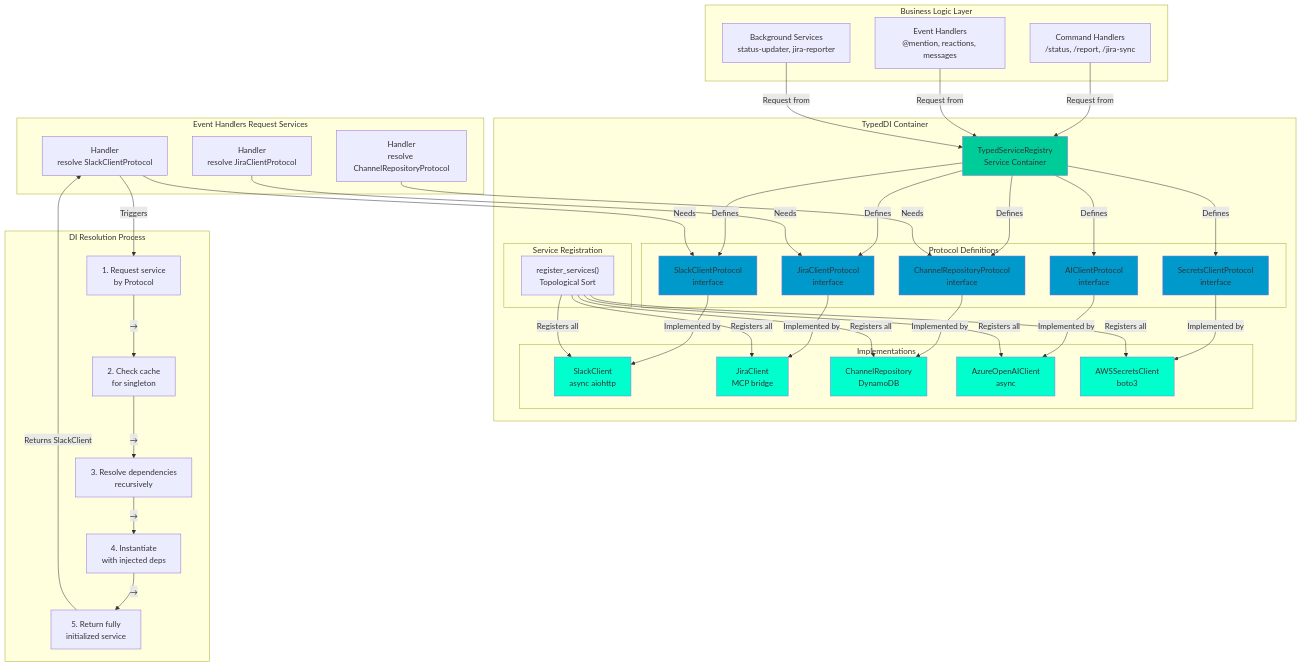
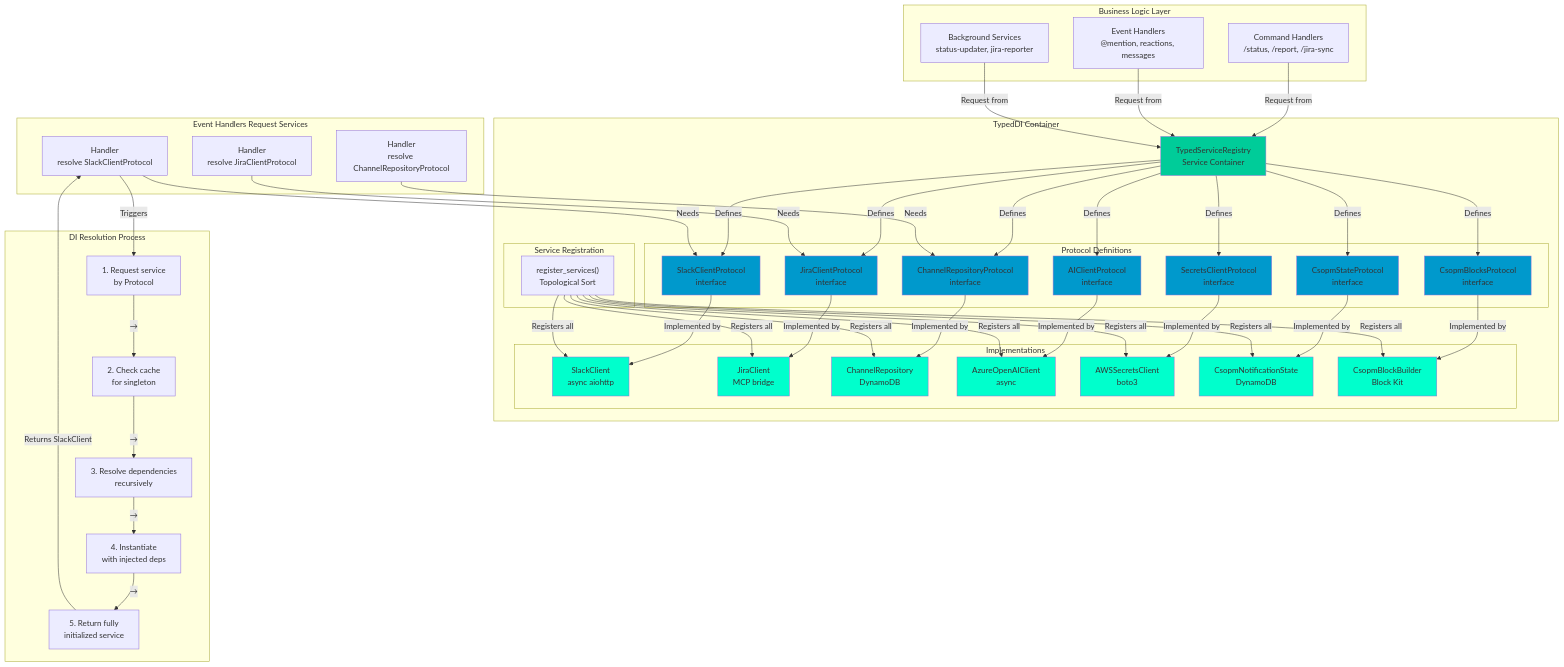
One commit to blueman82/mcp-exec changed the first of 4 diagrams in projects/ketchup/docs/diagrams/3-typed-di-architecture.md. Above: the diagram before and after it, drawn with Mermaid. The commit also changed other lines of this file and 54 other files, not shown here.

First line of the commit message:
CSOPM Notifier: Complete notification system with metrics dashboard (#156)

````diff
--- a/projects/ketchup/docs/diagrams/3-typed-di-architecture.md
+++ b/projects/ketchup/docs/diagrams/3-typed-di-architecture.md
@@ -13,6 +13,8 @@
             DBProto["ChannelRepositoryProtocol<br/>interface"]
             AIProto["AIClientProtocol<br/>interface"]
             SecretProto["SecretsClientProtocol<br/>interface"]
+            CsopmStateProto["CsopmStateProtocol<br/>interface"]
+            CsopmBlocksProto["CsopmBlocksProtocol<br/>interface"]
         end
 
         subgraph "Implementations"
@@ -21,6 +23,8 @@
             DBImpl["ChannelRepository<br/>DynamoDB"]
             AIImpl["AzureOpenAIClient<br/>async"]
             SecretImpl["AWSSecretsClient<br/>boto3"]
+            CsopmStateImpl["CsopmNotificationState<br/>DynamoDB"]
+            CsopmBlocksImpl["CsopmBlockBuilder<br/>Block Kit"]
         end
 
         subgraph "Service Registration"
@@ -53,18 +57,24 @@
     Registry -->|Defines| DBProto
     Registry -->|Defines| AIProto
     Registry -->|Defines| SecretProto
+    Registry -->|Defines| CsopmStateProto
+    Registry -->|Defines| CsopmBlocksProto
 
     SlackProto -->|Implemented by| SlackImpl
     JiraProto -->|Implemented by| JiraImpl
     DBProto -->|Implemented by| DBImpl
     AIProto -->|Implemented by| AIImpl
     SecretProto -->|Implemented by| SecretImpl
+    CsopmStateProto -->|Implemented by| CsopmStateImpl
+    CsopmBlocksProto -->|Implemented by| CsopmBlocksImpl
 
     Registration -->|Registers all| SlackImpl
     Registration -->|Registers all| JiraImpl
     Registration -->|Registers all| DBImpl
     Registration -->|Registers all| AIImpl
     Registration -->|Registers all| SecretImpl
+    Registration -->|Registers all| CsopmStateImpl
+    Registration -->|Registers all| CsopmBlocksImpl
 
     CommandHandlers -->|Request from| Registry
     EventHandlers -->|Request from| Registry
@@ -87,9 +97,13 @@
     style DBProto fill:#0099cc
     style AIProto fill:#0099cc
     style SecretProto fill:#0099cc
+    style CsopmStateProto fill:#0099cc
+    style CsopmBlocksProto fill:#0099cc
     style SlackImpl fill:#00ffcc
     style JiraImpl fill:#00ffcc
     style DBImpl fill:#00ffcc
     style AIImpl fill:#00ffcc
     style SecretImpl fill:#00ffcc
+    style CsopmStateImpl fill:#00ffcc
+    style CsopmBlocksImpl fill:#00ffcc
 ```
````
